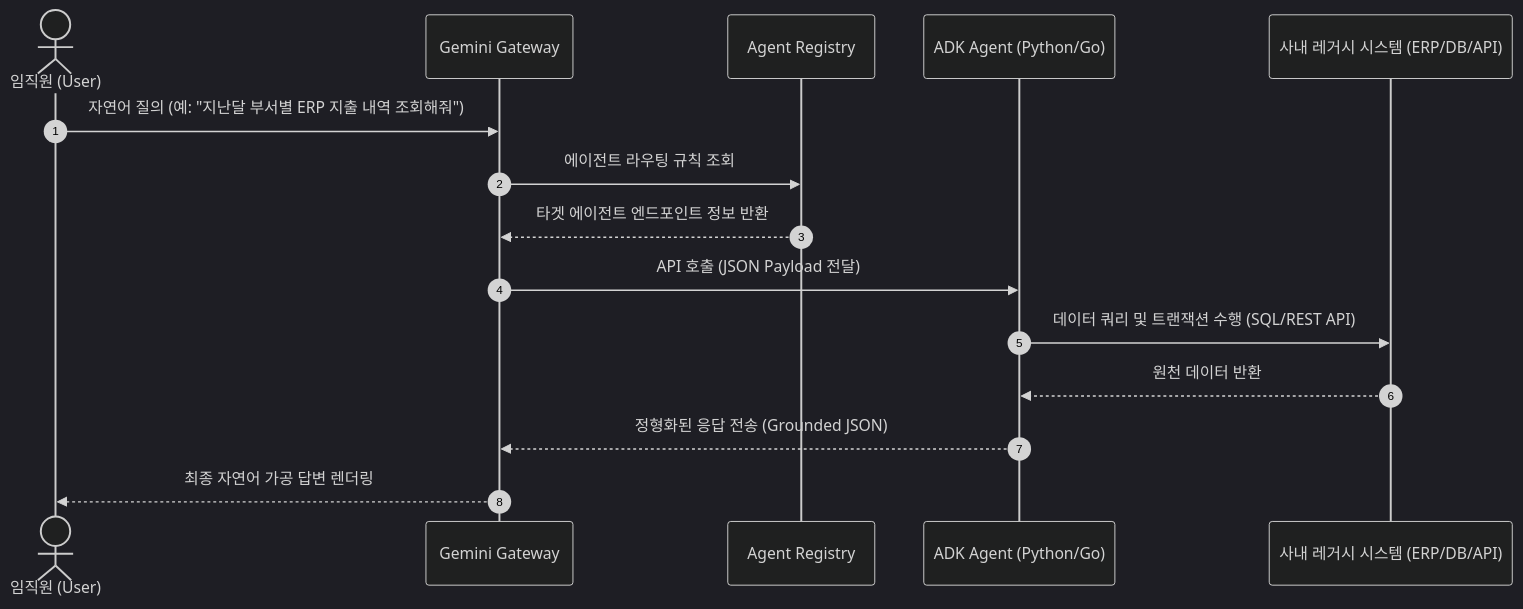
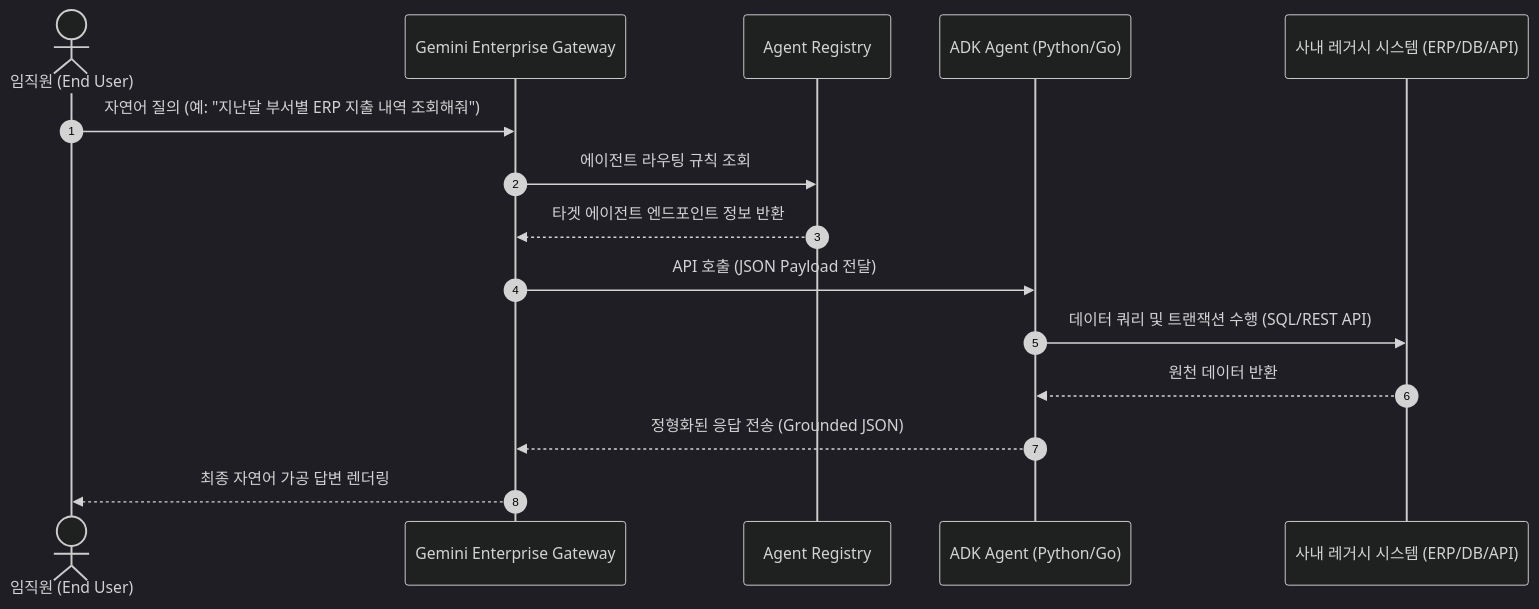
The second of 3 diagrams in admin_guide.md (hajekim/geap.dev), drawn with Mermaid (dark theme) before and after one commit. The commit also changed other lines of this file and 15 other files, not shown here.

````diff
--- a/admin_guide.md
+++ b/admin_guide.md
@@ -195,18 +95,18 @@
-  ```mermaid
-  sequenceDiagram
-      autonumber
-      actor User as 임직원 (User)
-      participant Gateway as Gemini Gateway
-      participant Registry as Agent Registry
-      participant Connector as ADK Agent (Python/Go)
-      participant Legacy as 사내 레거시 시스템 (ERP/DB/API)
+```mermaid
+sequenceDiagram
+    autonumber
+    actor User as 임직원 (End User)
+    participant Gateway as Gemini Enterprise Gateway
+    participant Registry as Agent Registry
+    participant Connector as ADK Agent (Python/Go)
+    participant Legacy as 사내 레거시 시스템 (ERP/DB/API)
 
-      User->>Gateway: 자연어 질의 (예: "지난달 부서별 ERP 지출 내역 조회해줘")
-      Gateway->>Registry: 에이전트 라우팅 규칙 조회
-      Registry-->>Gateway: 타겟 에이전트 엔드포인트 정보 반환
-      Gateway->>Connector: API 호출 (JSON Payload 전달)
-      Connector->>Legacy: 데이터 쿼리 및 트랜잭션 수행 (SQL/REST API)
-      Legacy-->>Connector: 원천 데이터 반환
-      Connector-->>Gateway: 정형화된 응답 전송 (Grounded JSON)
-      Gateway-->>User: 최종 자연어 가공 답변 렌더링
-  ```
+    User->>Gateway: 자연어 질의 (예: "지난달 부서별 ERP 지출 내역 조회해줘")
+    Gateway->>Registry: 에이전트 라우팅 규칙 조회
+    Registry-->>Gateway: 타겟 에이전트 엔드포인트 정보 반환
+    Gateway->>Connector: API 호출 (JSON Payload 전달)
+    Connector->>Legacy: 데이터 쿼리 및 트랜잭션 수행 (SQL/REST API)
+    Legacy-->>Connector: 원천 데이터 반환
+    Connector-->>Gateway: 정형화된 응답 전송 (Grounded JSON)
+    Gateway-->>User: 최종 자연어 가공 답변 렌더링
+```
````
